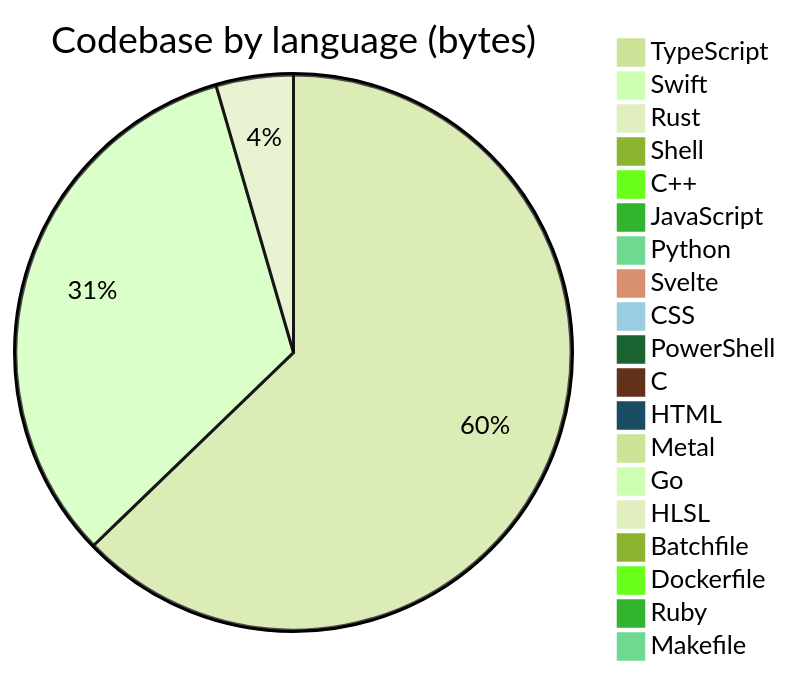
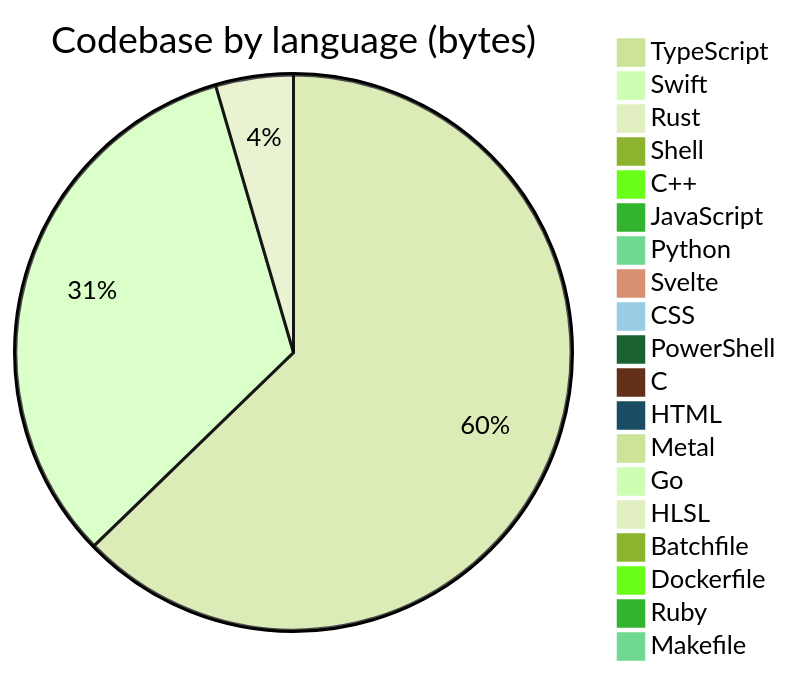
Before and after one commit to Open330/.github: the diagram in profile/README.md, drawn with Mermaid (forest theme). The commit also changed other lines of this file, not shown here.

````diff
--- a/profile/README.md
+++ b/profile/README.md
@@ -130,22 +130,22 @@
 ```mermaid
 pie title Codebase by language (bytes)
     "TypeScript" : 34474664
-    "Swift" : 17968895
-    "Rust" : 2467937
+    "Swift" : 17983034
+    "Rust" : 2481725
     "Shell" : 500149
     "C++" : 388775
     "JavaScript" : 368493
     "Python" : 329808
     "Svelte" : 143451
     "CSS" : 142903
     "PowerShell" : 128198
     "C" : 114143
     "HTML" : 50085
     "Metal" : 33033
     "Go" : 22811
     "HLSL" : 7527
     "Batchfile" : 5870
     "Dockerfile" : 4893
     "Ruby" : 1554
     "Makefile" : 1150
 ```
````
